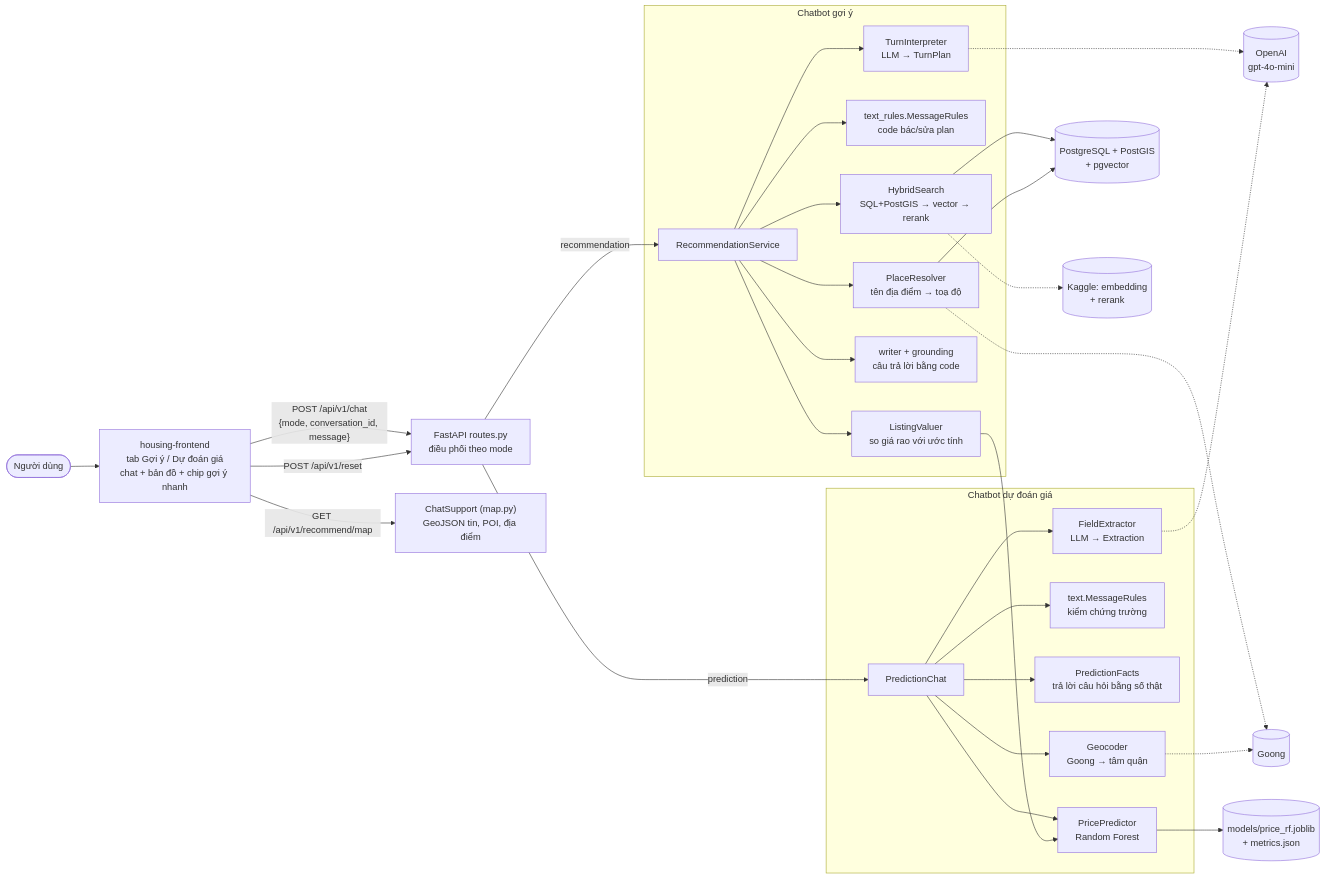
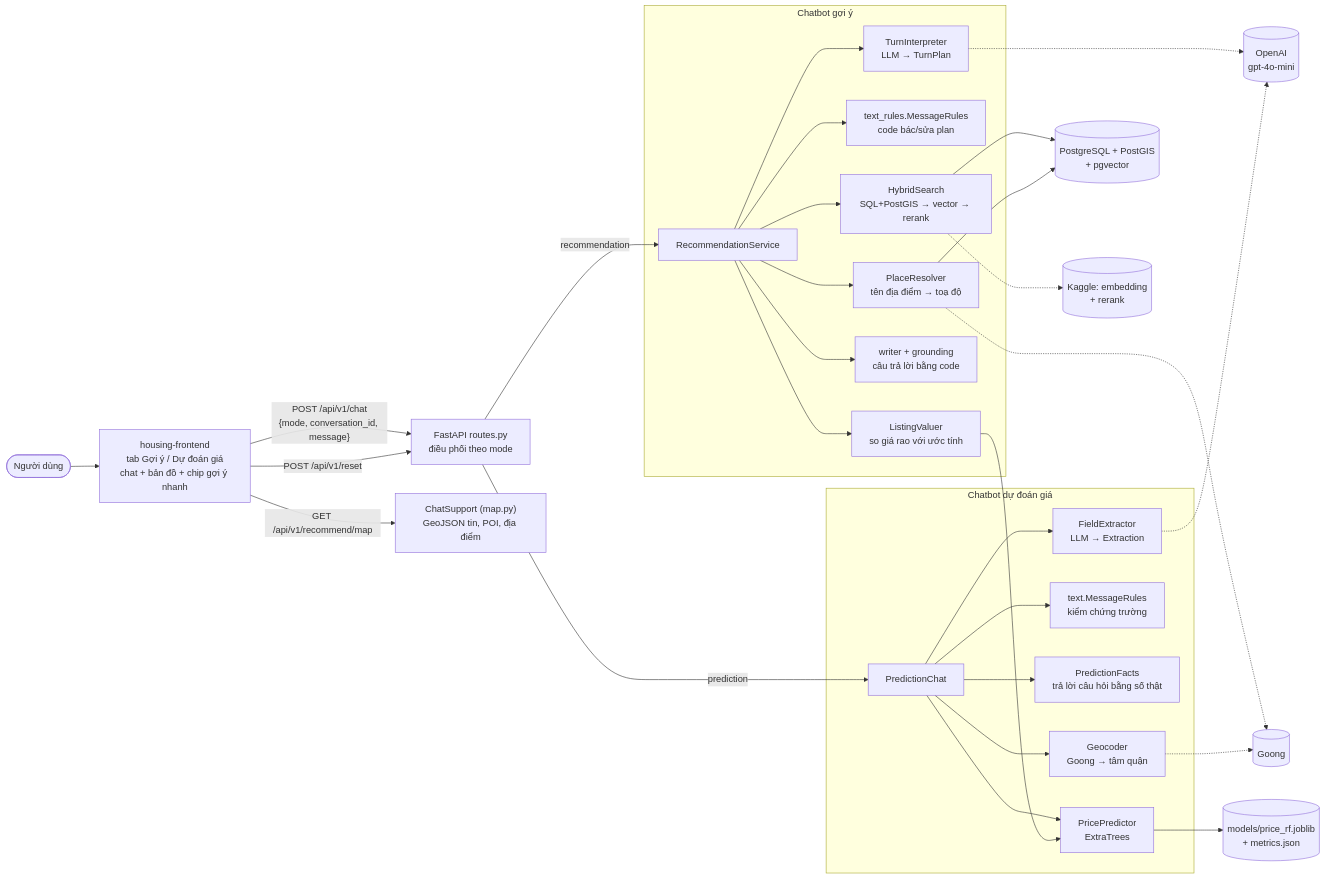
One commit to huypro2005/RAG-Real-state changed the first of 4 diagrams in docs/chatbot.md. Above: the diagram before and after it, drawn with Mermaid. The commit also changed other lines of this file and 5 other files, not shown here.

````diff
--- a/docs/chatbot.md
+++ b/docs/chatbot.md
@@ -26,36 +26,36 @@
 ```mermaid
 flowchart LR
     U([Người dùng]) --> FE["housing-frontend<br/>tab Gợi ý / Dự đoán giá<br/>chat + bản đồ + chip gợi ý nhanh"]
     FE -->|"POST /api/v1/chat<br/>{mode, conversation_id, message}"| API["FastAPI routes.py<br/>điều phối theo mode"]
     FE -->|"GET /api/v1/recommend/map"| MAP["ChatSupport (map.py)<br/>GeoJSON tin, POI, địa điểm"]
     FE -->|"POST /api/v1/reset"| API
 
     API -->|recommendation| RS[RecommendationService]
     API -->|prediction| PC[PredictionChat]
 
     subgraph REC["Chatbot gợi ý"]
         RS --> TI["TurnInterpreter<br/>LLM → TurnPlan"]
         RS --> TR["text_rules.MessageRules<br/>code bác/sửa plan"]
         RS --> PR["PlaceResolver<br/>tên địa điểm → toạ độ"]
         RS --> HS["HybridSearch<br/>SQL+PostGIS → vector → rerank"]
         RS --> WR["writer + grounding<br/>câu trả lời bằng code"]
         RS --> VAL["ListingValuer<br/>so giá rao với ước tính"]
     end
 
     subgraph PRED["Chatbot dự đoán giá"]
         PC --> FX["FieldExtractor<br/>LLM → Extraction"]
         PC --> MR["text.MessageRules<br/>kiểm chứng trường"]
         PC --> FACTS["PredictionFacts<br/>trả lời câu hỏi bằng số thật"]
         PC --> GC["Geocoder<br/>Goong → tâm quận"]
-        PC --> PP["PricePredictor<br/>Random Forest"]
+        PC --> PP["PricePredictor<br/>ExtraTrees"]
     end
 
     TI & FX -.-> OAI[(OpenAI<br/>gpt-4o-mini)]
     HS --> DB[(PostgreSQL + PostGIS<br/>+ pgvector)]
     PR --> DB
     PR -.-> GOONG[(Goong)]
     GC -.-> GOONG
     HS -.-> EMB[(Kaggle: embedding<br/>+ rerank)]
     VAL --> PP
     PP --> MODEL[(models/price_rf.joblib<br/>+ metrics.json)]
 ```
````
